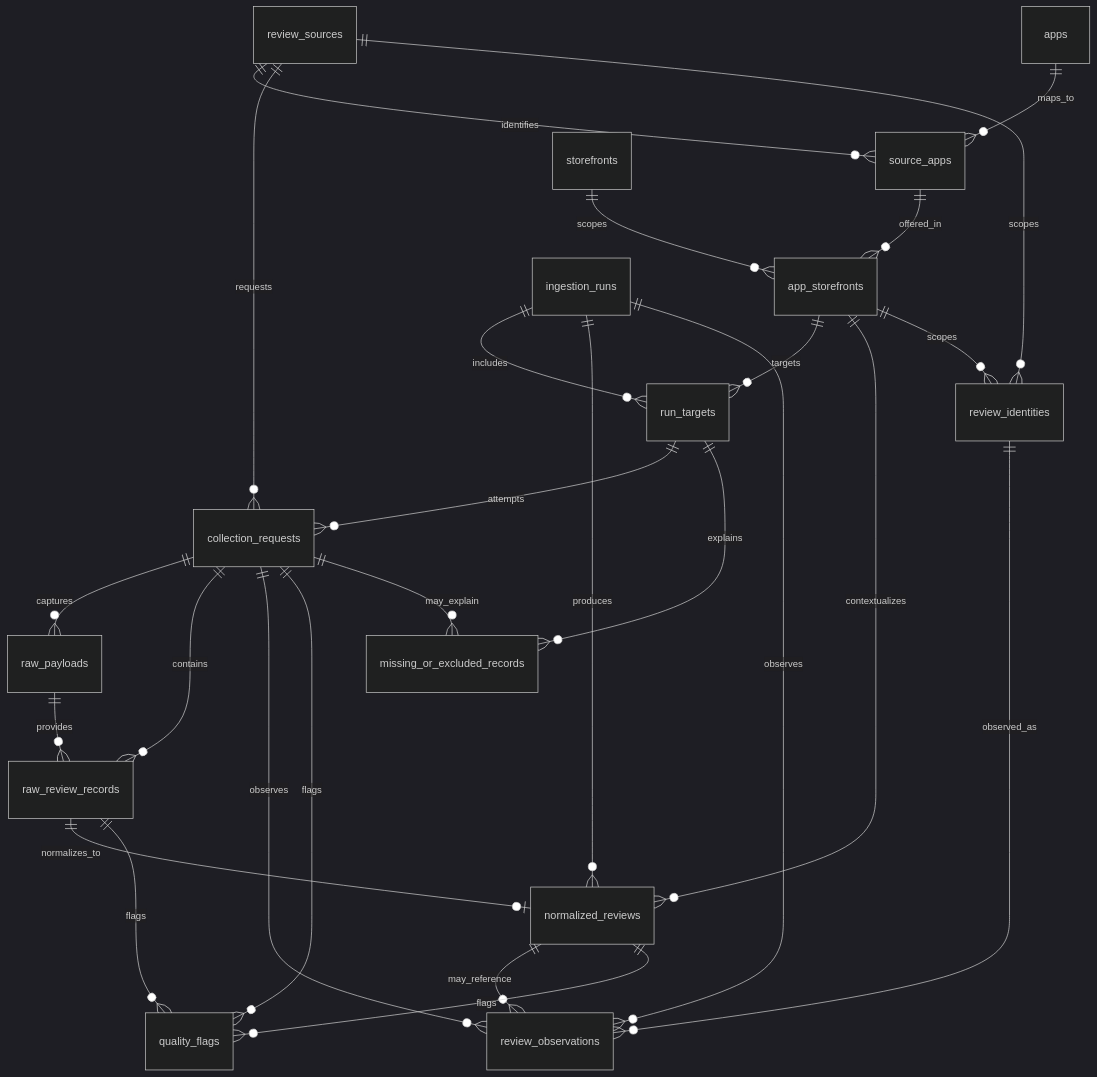
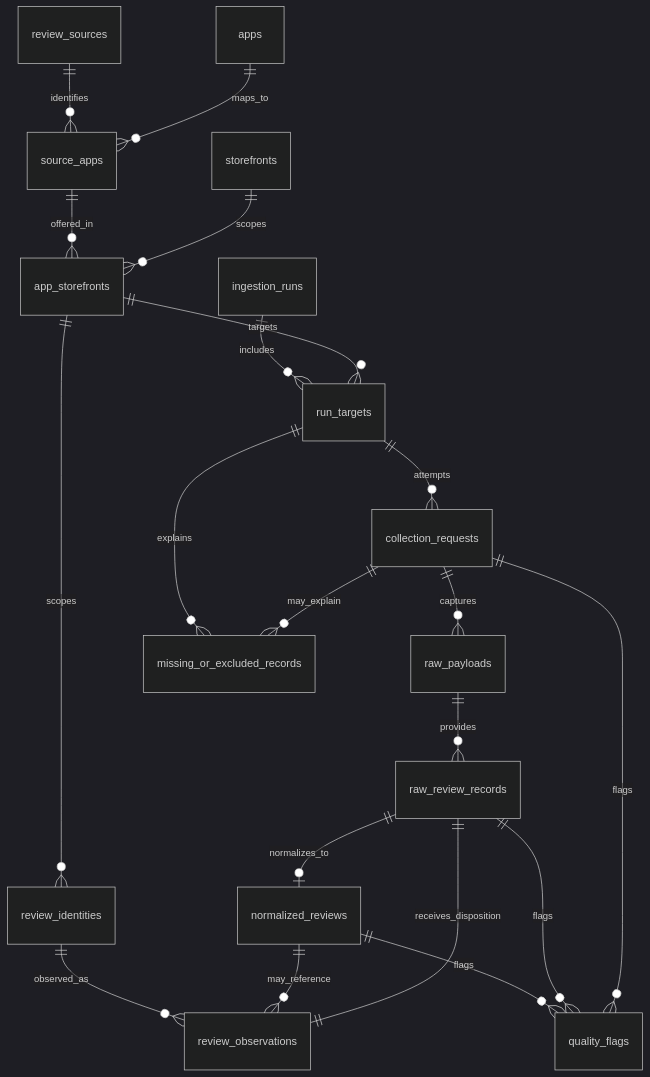
The diagram in docs/database_schema_design.md (jingbohuang2006/data-ingestion-feasibility-assessment), drawn with Mermaid (dark theme) before and after one commit. The commit also changed other lines of this file and 17 other files, not shown here.

````diff
--- a/docs/database_schema_design.md
+++ b/docs/database_schema_design.md
@@ -32,28 +32,22 @@
 ```mermaid
 erDiagram
     review_sources ||--o{ source_apps : identifies
     apps ||--o{ source_apps : maps_to
     source_apps ||--o{ app_storefronts : offered_in
     storefronts ||--o{ app_storefronts : scopes
     ingestion_runs ||--o{ run_targets : includes
     app_storefronts ||--o{ run_targets : targets
     run_targets ||--o{ collection_requests : attempts
-    review_sources ||--o{ collection_requests : requests
     collection_requests ||--o{ raw_payloads : captures
-    collection_requests ||--o{ raw_review_records : contains
     raw_payloads ||--o{ raw_review_records : provides
     raw_review_records ||--o| normalized_reviews : normalizes_to
-    ingestion_runs ||--o{ normalized_reviews : produces
-    app_storefronts ||--o{ normalized_reviews : contextualizes
-    review_sources ||--o{ review_identities : scopes
     app_storefronts ||--o{ review_identities : scopes
     review_identities ||--o{ review_observations : observed_as
     normalized_reviews ||--o{ review_observations : may_reference
-    ingestion_runs ||--o{ review_observations : observes
-    collection_requests ||--o{ review_observations : observes
+    raw_review_records ||--|| review_observations : receives_disposition
     normalized_reviews ||--o{ quality_flags : flags
     raw_review_records ||--o{ quality_flags : flags
     collection_requests ||--o{ quality_flags : flags
     run_targets ||--o{ missing_or_excluded_records : explains
     collection_requests ||--o{ missing_or_excluded_records : may_explain
 ```
````
